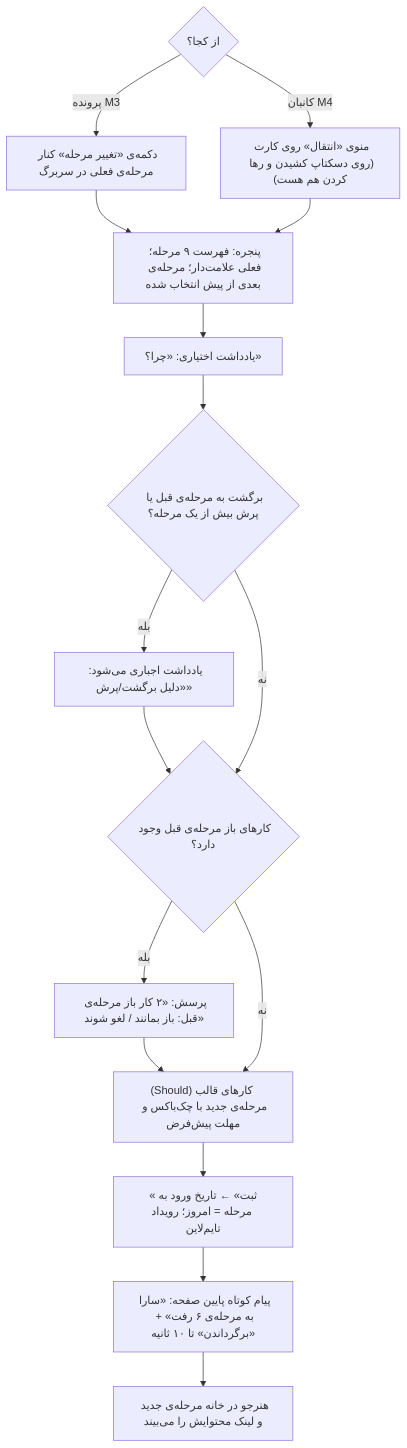
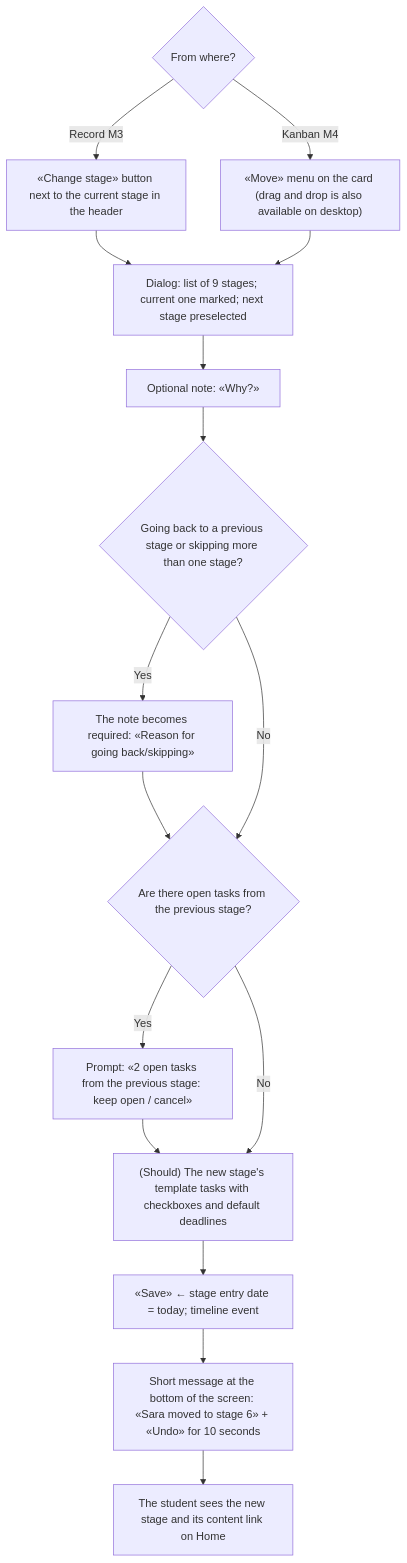
One commit to simorghsorkh/upworkcoach changed the third of 9 diagrams in docs/03-ux/user-flows.md. Above: the diagram before and after it, drawn with Mermaid. The commit also changed other lines of this file and 360 other files, not shown here.

````diff
--- a/docs/03-ux/user-flows.md
+++ b/docs/03-ux/user-flows.md
@@ -85,16 +85,16 @@
 ```mermaid
 flowchart TD
-    A{"از کجا؟"} -->|پرونده M3| B["دکمه‌ی «تغییر مرحله» کنار مرحله‌ی فعلی در سربرگ"]
-    A -->|کانبان M4| C["منوی «انتقال» روی کارت (روی دسکتاپ کشیدن و رها کردن هم هست)"]
-    B --> D["پنجره: فهرست ۹ مرحله؛ فعلی علامت‌دار؛ مرحله‌ی بعدی از پیش انتخاب شده"]
+    A{"From where?"} -->|Record M3| B["«Change stage» button next to the current stage in the header"]
+    A -->|Kanban M4| C["«Move» menu on the card (drag and drop is also available on desktop)"]
+    B --> D["Dialog: list of 9 stages; current one marked; next stage preselected"]
     C --> D
-    D --> E["یادداشت اختیاری: «چرا؟»"]
-    E --> F{"برگشت به مرحله‌ی قبل یا پرش بیش از یک مرحله؟"}
-    F -->|بله| F1["یادداشت اجباری می‌شود: «دلیل برگشت/پرش»"] --> G
-    F -->|نه| G{"کارهای باز مرحله‌ی قبل وجود دارد؟"}
-    G -->|بله| G1["پرسش: «۲ کار باز مرحله‌ی قبل: باز بمانند / لغو شوند»"] --> H
-    G -->|نه| H["(Should) کارهای قالب مرحله‌ی جدید با چک‌باکس و مهلت پیش‌فرض"]
-    H --> I["«ثبت» ← تاریخ ورود به مرحله = امروز؛ رویداد تایم‌لاین"]
-    I --> J["پیام کوتاه پایین صفحه: «سارا به مرحله‌ی ۶ رفت» + «برگرداندن» تا ۱۰ ثانیه"]
-    J --> K["هنرجو در خانه مرحله‌ی جدید و لینک محتوایش را می‌بیند"]
+    D --> E["Optional note: «Why?»"]
+    E --> F{"Going back to a previous stage or skipping more than one stage?"}
+    F -->|Yes| F1["The note becomes required: «Reason for going back/skipping»"] --> G
+    F -->|No| G{"Are there open tasks from the previous stage?"}
+    G -->|Yes| G1["Prompt: «2 open tasks from the previous stage: keep open / cancel»"] --> H
+    G -->|No| H["(Should) The new stage's template tasks with checkboxes and default deadlines"]
+    H --> I["«Save» ← stage entry date = today; timeline event"]
+    I --> J["Short message at the bottom of the screen: «Sara moved to stage 6» + «Undo» for 10 seconds"]
+    J --> K["The student sees the new stage and its content link on Home"]
 ```
````
